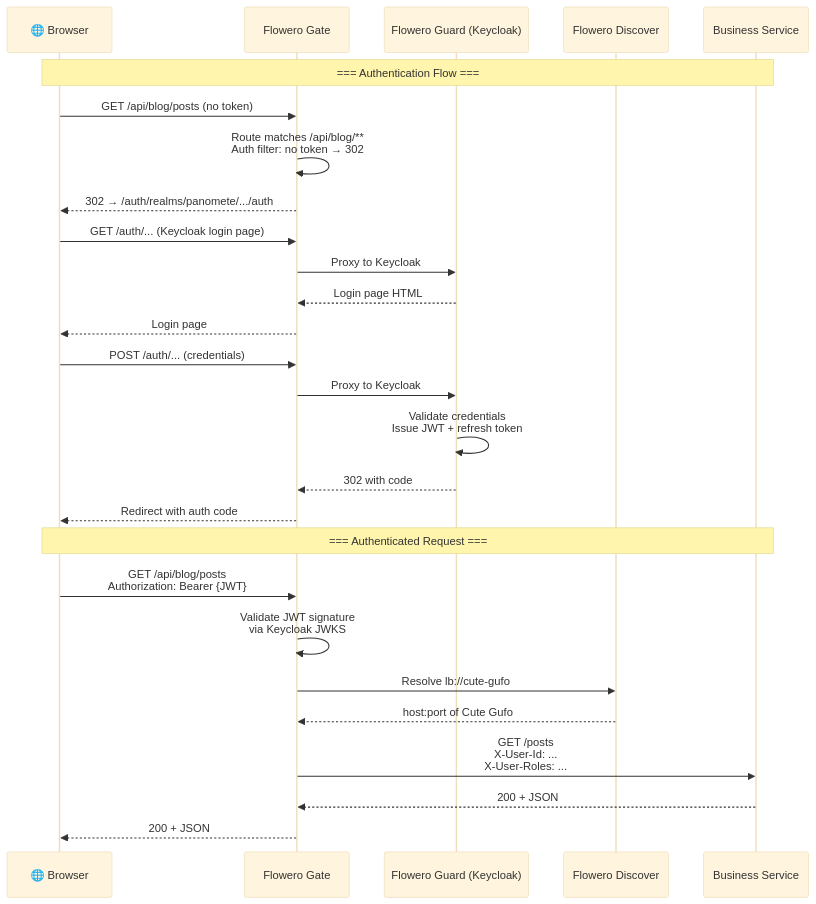
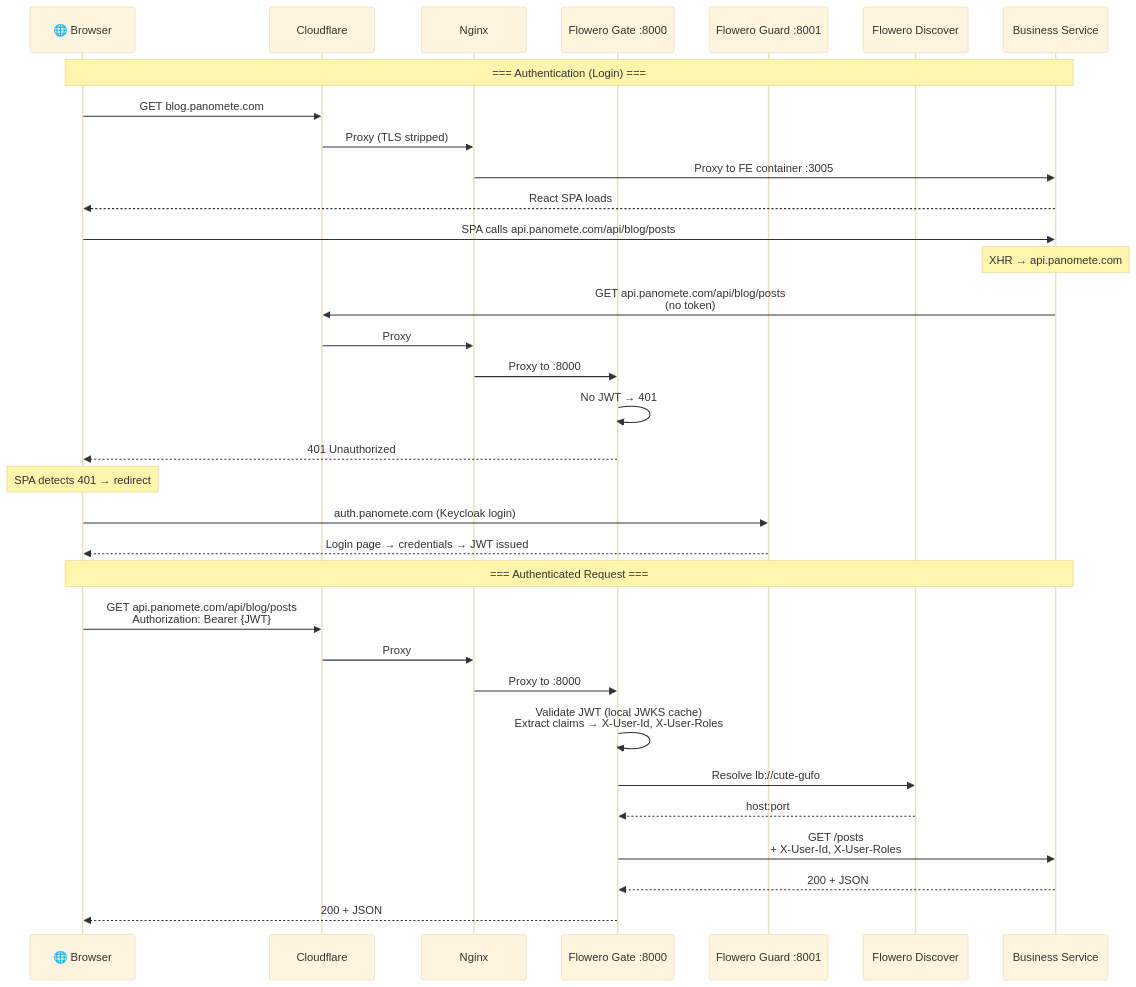
The second of 3 diagrams in spec/panomete_platform/02_design/025_software_architecture_document.md (oat431/project_spec), drawn with Mermaid (base theme) before and after one commit. The commit also changed other lines of this file and 12 other files, not shown here.

````diff
--- a/spec/panomete_platform/02_design/025_software_architecture_document.md
+++ b/spec/panomete_platform/02_design/025_software_architecture_document.md
@@ -153,32 +152,39 @@
 ```mermaid
 sequenceDiagram
     participant User as 🌐 Browser
-    participant Gate as Flowero Gate
-    participant KC as Flowero Guard (Keycloak)
+    participant CF as Cloudflare
+    participant Nginx as Nginx
+    participant Gate as Flowero Gate :8000
+    participant KC as Flowero Guard :8001
     participant Eureka as Flowero Discover
     participant Svc as Business Service
 
-    Note over User,Svc: === Authentication Flow ===
-    User->>Gate: GET /api/blog/posts (no token)
-    Gate->>Gate: Route matches /api/blog/**<br>Auth filter: no token → 302
-    Gate-->>User: 302 → /auth/realms/panomete/.../auth
-    User->>Gate: GET /auth/... (Keycloak login page)
-    Gate->>KC: Proxy to Keycloak
-    KC-->>Gate: Login page HTML
-    Gate-->>User: Login page
+    Note over User,Svc: === Authentication (Login) ===
+    User->>CF: GET blog.panomete.com
+    CF->>Nginx: Proxy (TLS stripped)
+    Nginx->>Svc: Proxy to FE container :3005
+    Svc-->>User: React SPA loads
 
-    User->>Gate: POST /auth/... (credentials)
-    Gate->>KC: Proxy to Keycloak
-    KC->>KC: Validate credentials<br>Issue JWT + refresh token
-    KC-->>Gate: 302 with code
-    Gate-->>User: Redirect with auth code
+    User->>Svc: SPA calls api.panomete.com/api/blog/posts
+    Note over Svc: XHR → api.panomete.com
+    Svc->>CF: GET api.panomete.com/api/blog/posts<br>(no token)
+    CF->>Nginx: Proxy
+    Nginx->>Gate: Proxy to :8000
+    Gate->>Gate: No JWT → 401
+    Gate-->>User: 401 Unauthorized
+
+    Note over User: SPA detects 401 → redirect
+    User->>KC: auth.panomete.com (Keycloak login)
+    KC-->>User: Login page → credentials → JWT issued
 
     Note over User,Svc: === Authenticated Request ===
-    User->>Gate: GET /api/blog/posts<br>Authorization: Bearer {JWT}
-    Gate->>Gate: Validate JWT signature<br>via Keycloak JWKS
+    User->>CF: GET api.panomete.com/api/blog/posts<br>Authorization: Bearer {JWT}
+    CF->>Nginx: Proxy
+    Nginx->>Gate: Proxy to :8000
+    Gate->>Gate: Validate JWT (local JWKS cache)<br>Extract claims → X-User-Id, X-User-Roles
     Gate->>Eureka: Resolve lb://cute-gufo
-    Eureka-->>Gate: host:port of Cute Gufo
-    Gate->>Svc: GET /posts<br>X-User-Id: ...<br>X-User-Roles: ...
+    Eureka-->>Gate: host:port
+    Gate->>Svc: GET /posts<br>+ X-User-Id, X-User-Roles
     Svc-->>Gate: 200 + JSON
     Gate-->>User: 200 + JSON
 ```
````
